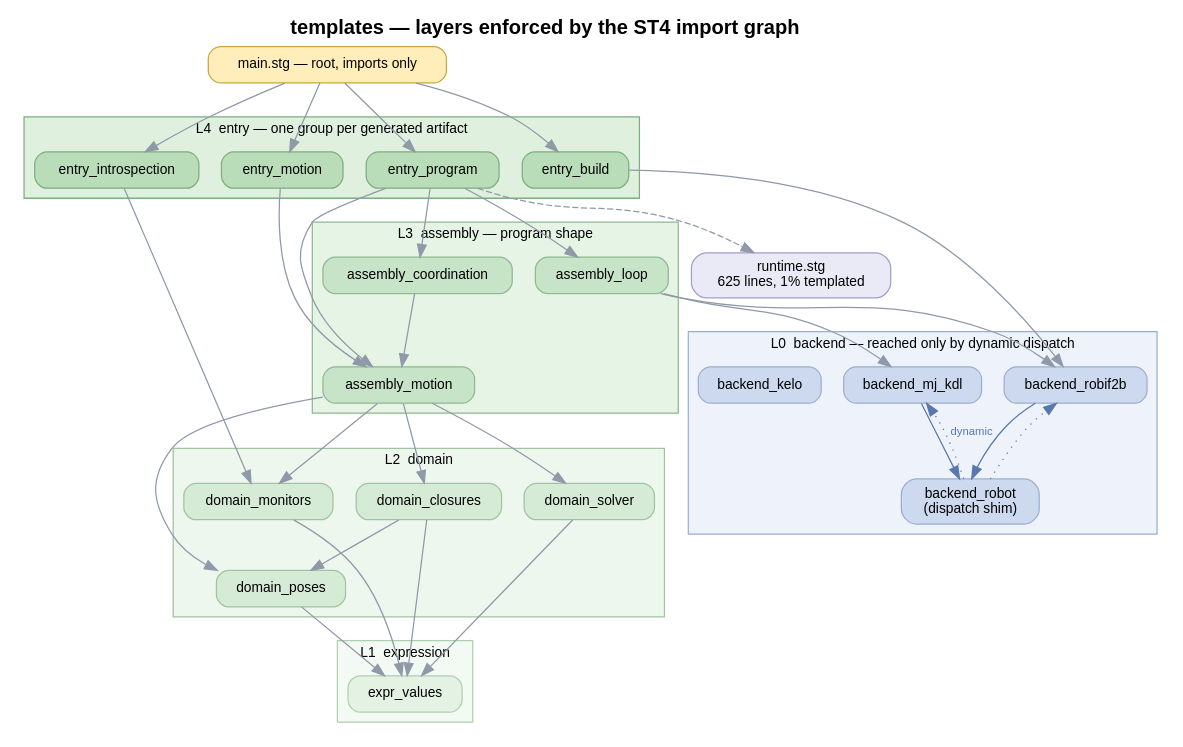
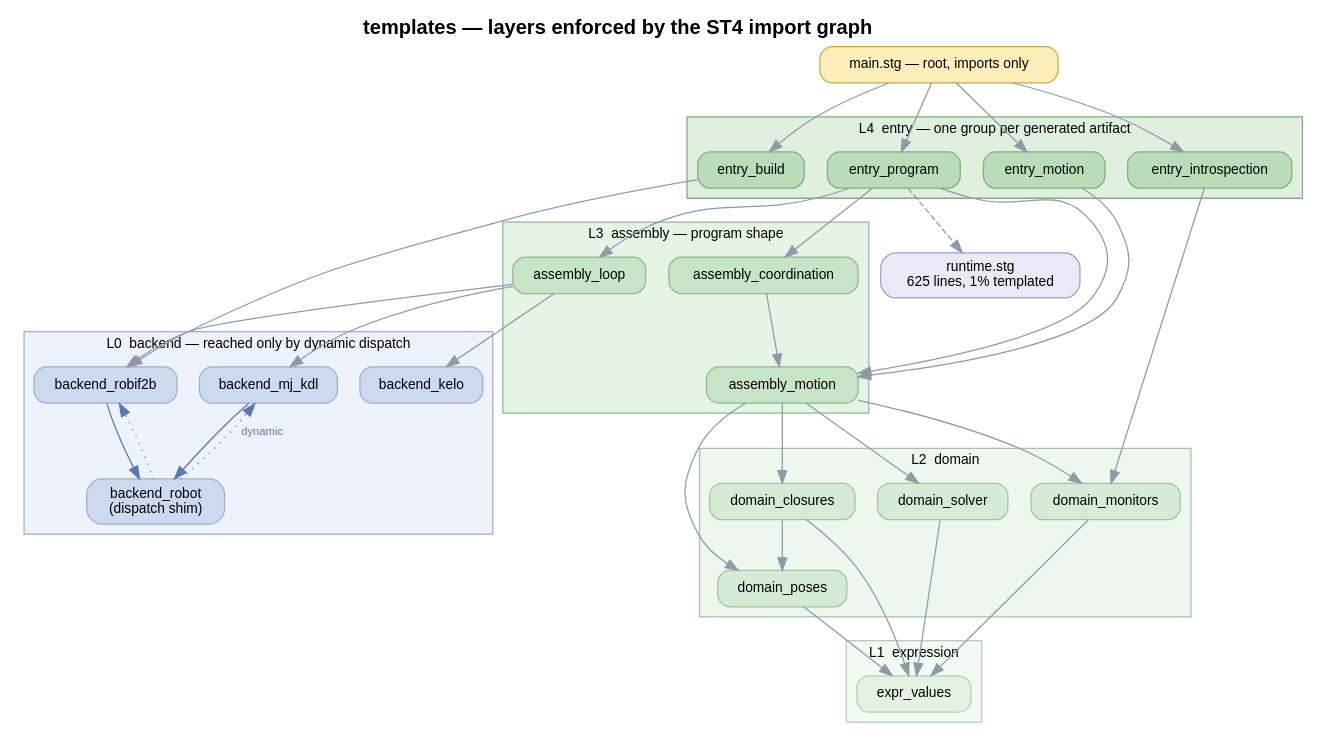
The diagram in docs/codegen-architecture/proposed-templates.dot (secorolab/motion-spec), drawn with Graphviz before and after one commit. The commit also changed 5 other files, not shown here.

```diff
--- a/docs/codegen-architecture/proposed-templates.dot
+++ b/docs/codegen-architecture/proposed-templates.dot
@@ -1,44 +1,44 @@
 // SPDX-License-Identifier: MPL-2.0
 // Proposed template architecture. Rationale and measurements: README.md.
 digraph proposed_templates {
   rankdir=TB
   fontname="Helvetica" labelloc=t labeljust=c fontsize=16
   label=<<b>templates — layers enforced by the ST4 import graph</b>>
   node [fontname="Helvetica" fontsize=11 shape=box style="filled,rounded" height=0.4 margin="0.16,0.09"]
   edge [fontname="Helvetica" fontsize=9 color="#9099a8"]
 
   subgraph cluster4 { label="L4  entry — one group per generated artifact" style=filled fillcolor="#dff0df" fontsize=11 color="#7fae7f"
     node [fillcolor="#b8ddb8" color="#7fae7f"]
     e1 [label="entry_program"] e2 [label="entry_motion"]
     e3 [label="entry_introspection"] e4 [label="entry_build"] }
 
   subgraph cluster3 { label="L3  assembly — program shape" style=filled fillcolor="#e6f4e6" fontsize=11 color="#8fb98f"
     node [fillcolor="#c8e4c8" color="#8fb98f"]
     a1 [label="assembly_loop"] a2 [label="assembly_coordination"] a3 [label="assembly_motion"] }
 
   subgraph cluster2 { label="L2  domain" style=filled fillcolor="#edf7ed" fontsize=11 color="#9fc49f"
     node [fillcolor="#d6ebd6" color="#9fc49f"]
     d1 [label="domain_solver"] d2 [label="domain_closures"]
     d3 [label="domain_monitors"] d4 [label="domain_poses"] }
 
   subgraph cluster1 { label="L1  expression" style=filled fillcolor="#f3faf3" fontsize=11 color="#afd0af"
     node [fillcolor="#e4f2e4" color="#afd0af"]
     x1 [label="expr_values"] }
 
   subgraph cluster0 { label="L0  backend — reached only by dynamic dispatch" style=filled fillcolor="#eef2fa" fontsize=11 color="#9bb0d0"
     node [fillcolor="#cdd9ef" color="#9bb0d0"]
     b0 [label="backend_robot\n(dispatch shim)"] b1 [label="backend_mj_kdl"]
     b2 [label="backend_robif2b"] b3 [label="backend_kelo"] }
 
   rt [label="runtime.stg\n625 lines, 1% templated" fillcolor="#eaeaf6" color="#a0a0c8"]
 
   root [label="main.stg — root, imports only" fillcolor="#ffeeba" color="#c8a93a"]
   root -> {e1 e2 e3 e4}
   e1 -> {a1 a2 a3}  e2 -> a3  e3 -> d3  e4 -> b2
-  a1 -> {b1 b2}  a2 -> a3  a3 -> {d1 d2 d3 d4}
+  a1 -> {b1 b2 b3}  a2 -> a3  a3 -> {d1 d2 d3 d4}
   d1 -> x1  d2 -> {d4 x1}  d3 -> x1  d4 -> x1
   b1 -> b0 [color="#5878b0"]  b2 -> b0 [color="#5878b0"]
   e1 -> rt [style=dashed]
   b0 -> b1 [style=dotted color="#5878b0" constraint=false label="dynamic" fontcolor="#5878b0"]
   b0 -> b2 [style=dotted color="#5878b0" constraint=false]
 }
```
